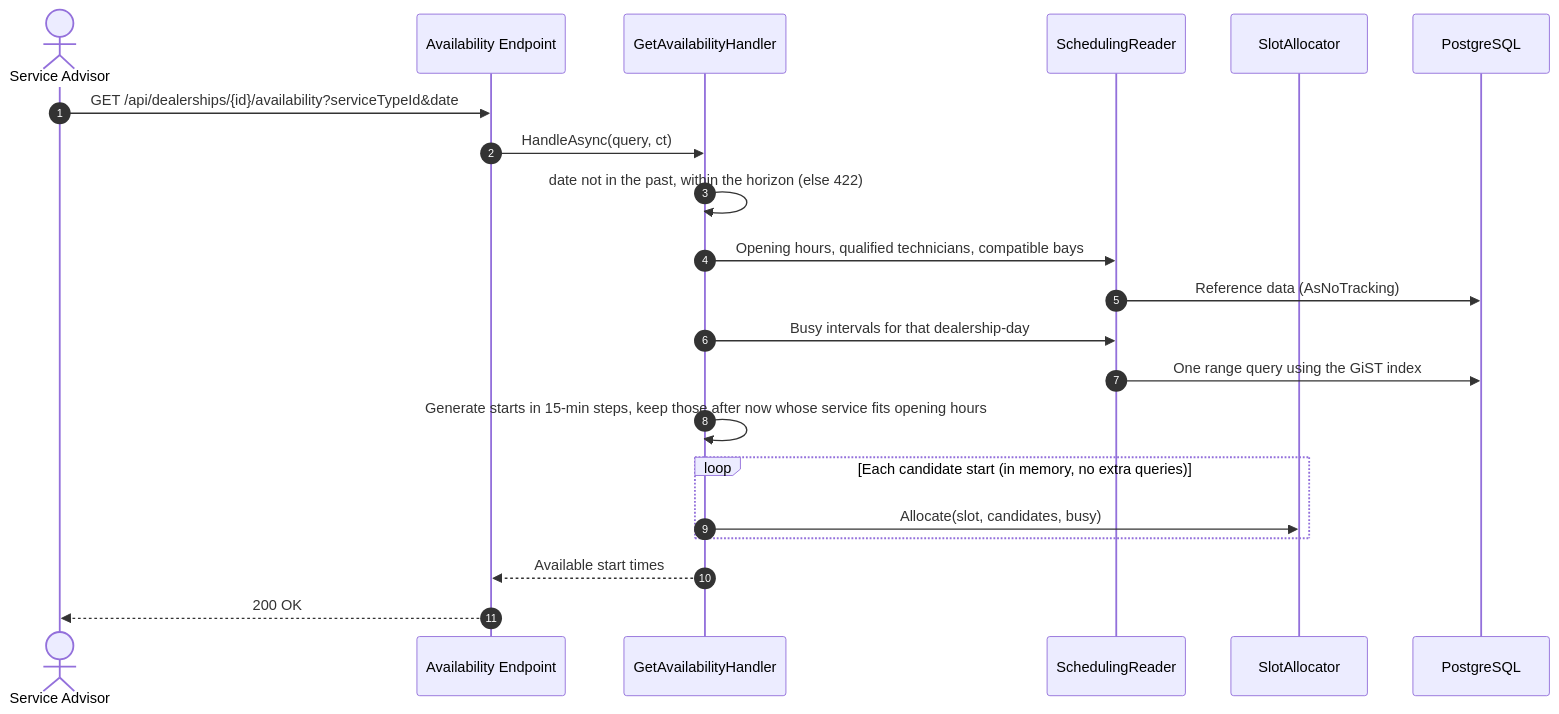
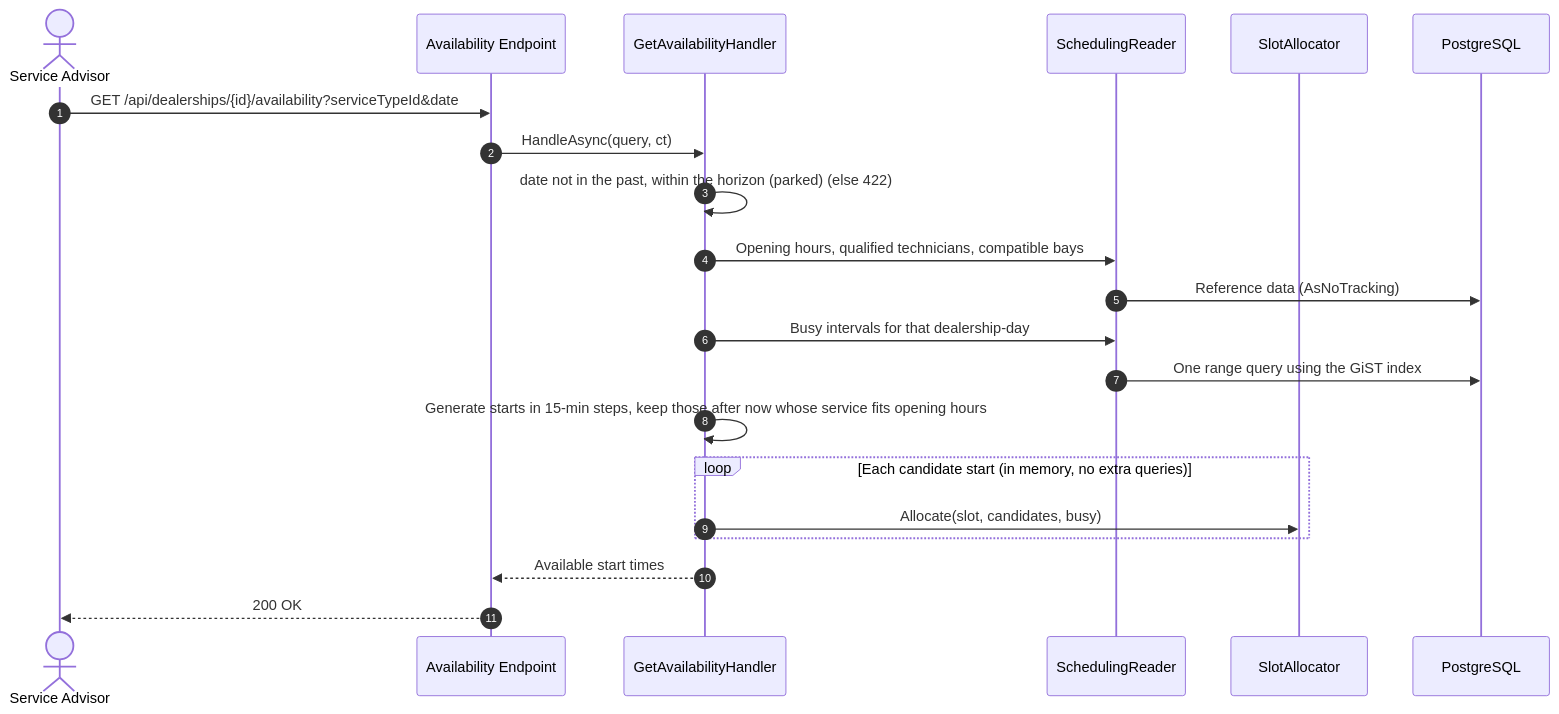
The tenth of 10 diagrams in docs/system-design.md (VietDangiT/unified-service-scheduler), drawn with Mermaid before and after one commit. The commit also changed other lines of this file and 7 other files, not shown here.

````diff
--- a/docs/system-design.md
+++ b/docs/system-design.md
@@ -832,24 +832,24 @@
 ```mermaid
 sequenceDiagram
     autonumber
     actor Advisor as Service Advisor
     participant EP as Availability Endpoint
     participant H as GetAvailabilityHandler
     participant RD as SchedulingReader
     participant AL as SlotAllocator
     participant DB as PostgreSQL
 
     Advisor->>EP: GET /api/dealerships/{id}/availability?serviceTypeId&date
     EP->>H: HandleAsync(query, ct)
-    H->>H: date not in the past, within the horizon (else 422)
+    H->>H: date not in the past, within the horizon (parked) (else 422)
     H->>RD: Opening hours, qualified technicians, compatible bays
     RD->>DB: Reference data (AsNoTracking)
     H->>RD: Busy intervals for that dealership-day
     RD->>DB: One range query using the GiST index
     H->>H: Generate starts in 15-min steps, keep those after now whose service fits opening hours
     loop Each candidate start (in memory, no extra queries)
         H->>AL: Allocate(slot, candidates, busy)
     end
     H-->>EP: Available start times
     EP-->>Advisor: 200 OK
 ```
````
